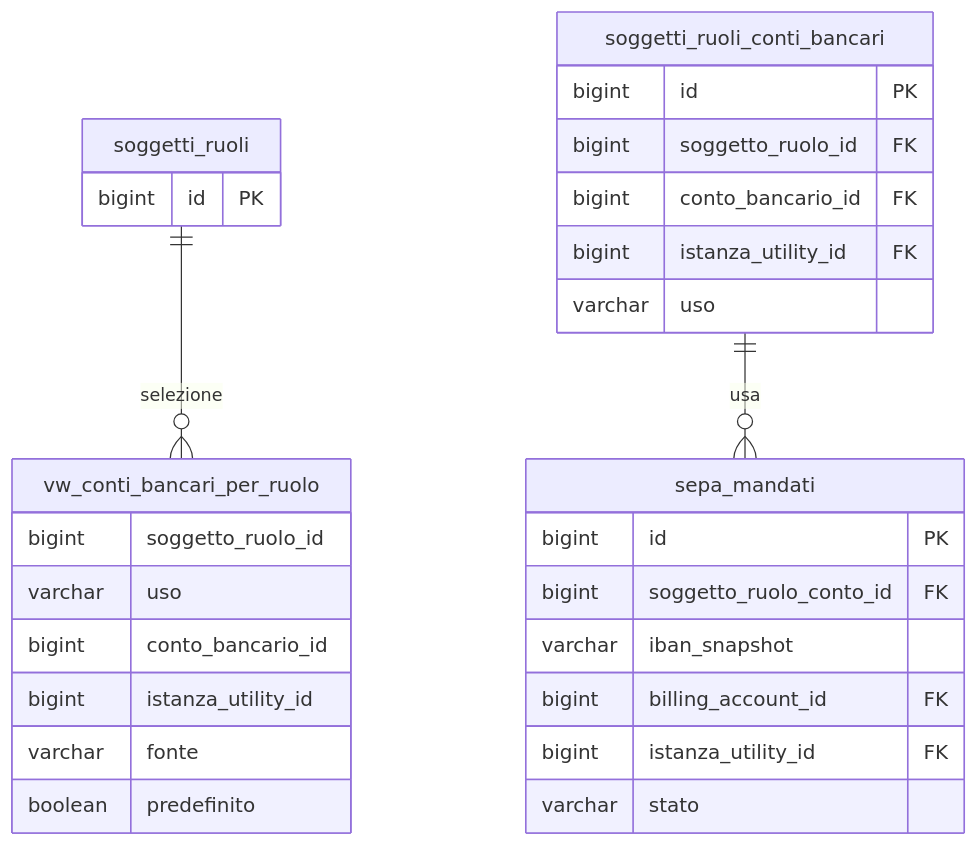
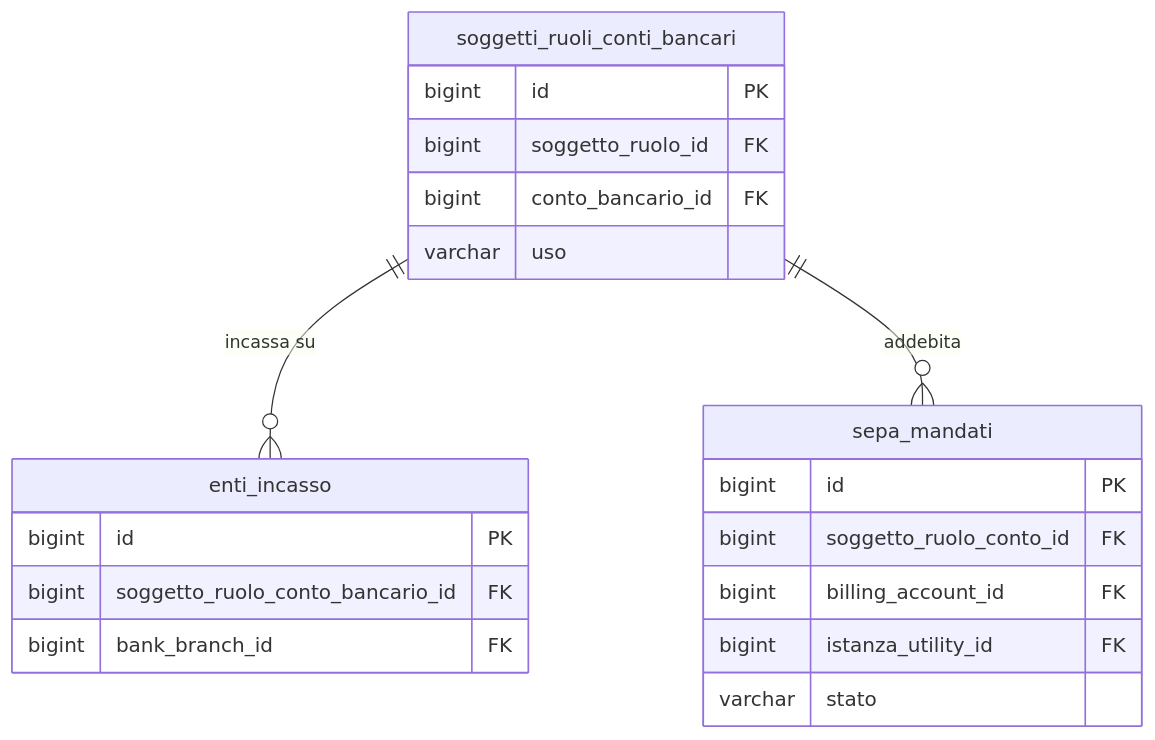
One commit to Tito-it/ZeroErp changed the second of 2 diagrams in docs/it/guide/gestione-conti-bancari.md. Above: the diagram before and after it, drawn with Mermaid. The commit also changed other lines of this file and 59 other files, not shown here.

````diff
--- a/docs/it/guide/gestione-conti-bancari.md
+++ b/docs/it/guide/gestione-conti-bancari.md
@@ -415,35 +271,26 @@
 ```mermaid
 erDiagram
-    soggetti_ruoli {
-        bigint id PK
-    }
-
     soggetti_ruoli_conti_bancari {
         bigint id PK
         bigint soggetto_ruolo_id FK
         bigint conto_bancario_id FK
-        bigint istanza_utility_id FK
         varchar uso
     }
 
-    vw_conti_bancari_per_ruolo {
-        bigint soggetto_ruolo_id
-        varchar uso
-        bigint conto_bancario_id
-        bigint istanza_utility_id
-        varchar fonte
-        boolean predefinito
+    enti_incasso {
+        bigint id PK
+        bigint soggetto_ruolo_conto_bancario_id FK
+        bigint bank_branch_id FK
     }
 
     sepa_mandati {
         bigint id PK
         bigint soggetto_ruolo_conto_id FK
-        varchar iban_snapshot
         bigint billing_account_id FK
         bigint istanza_utility_id FK
         varchar stato
     }
 
-    soggetti_ruoli ||--o{ vw_conti_bancari_per_ruolo : "selezione"
-    soggetti_ruoli_conti_bancari ||--o{ sepa_mandati : "usa"
+    soggetti_ruoli_conti_bancari ||--o{ enti_incasso : "incassa su"
+    soggetti_ruoli_conti_bancari ||--o{ sepa_mandati : "addebita"
 ```
````
